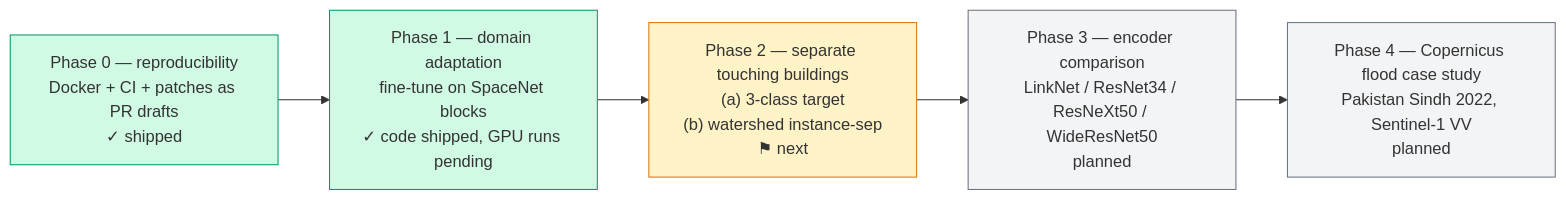
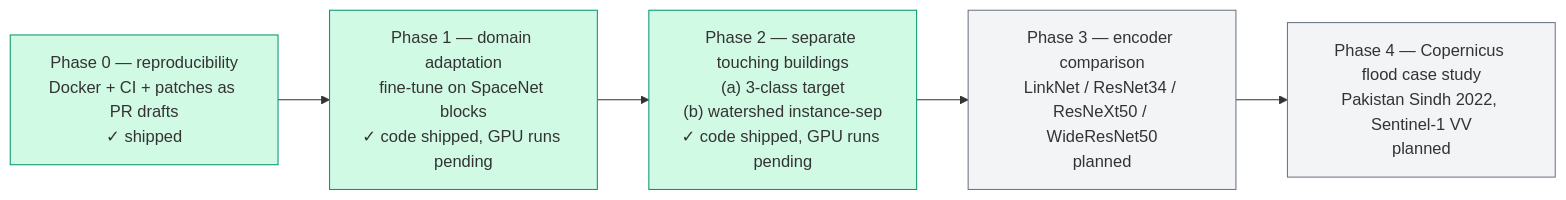
The second of 3 diagrams in README.md (Qandeel-01/digital-building-footprint-identification), drawn with Mermaid before and after one commit. The commit also changed other lines of this file and 22 other files, not shown here.

First line of the commit message:
phase2: 3-class target + watershed instance separation + overlay figure

````diff
--- a/README.md
+++ b/README.md
@@ -74,14 +74,14 @@
 ```mermaid
 flowchart LR
     P0["Phase 0 — reproducibility<br/>Docker + CI + patches as PR drafts<br/>✓ shipped"]
     P1["Phase 1 — domain adaptation<br/>fine-tune on SpaceNet blocks<br/>✓ code shipped, GPU runs pending"]
-    P2["Phase 2 — separate touching buildings<br/>(a) 3-class target<br/>(b) watershed instance-sep<br/>⚑ next"]
+    P2["Phase 2 — separate touching buildings<br/>(a) 3-class target<br/>(b) watershed instance-sep<br/>✓ code shipped, GPU runs pending"]
     P3["Phase 3 — encoder comparison<br/>LinkNet / ResNet34 / ResNeXt50 / WideResNet50<br/>planned"]
     P4["Phase 4 — Copernicus flood case study<br/>Pakistan Sindh 2022, Sentinel-1 VV<br/>planned"]
     P0 --> P1 --> P2 --> P3 --> P4
     style P0 fill:#d1fae5,stroke:#059669
     style P1 fill:#d1fae5,stroke:#059669
-    style P2 fill:#fef3c7,stroke:#d97706
+    style P2 fill:#d1fae5,stroke:#059669
     style P3 fill:#f3f4f6,stroke:#6b7280
     style P4 fill:#f3f4f6,stroke:#6b7280
 ```
````
